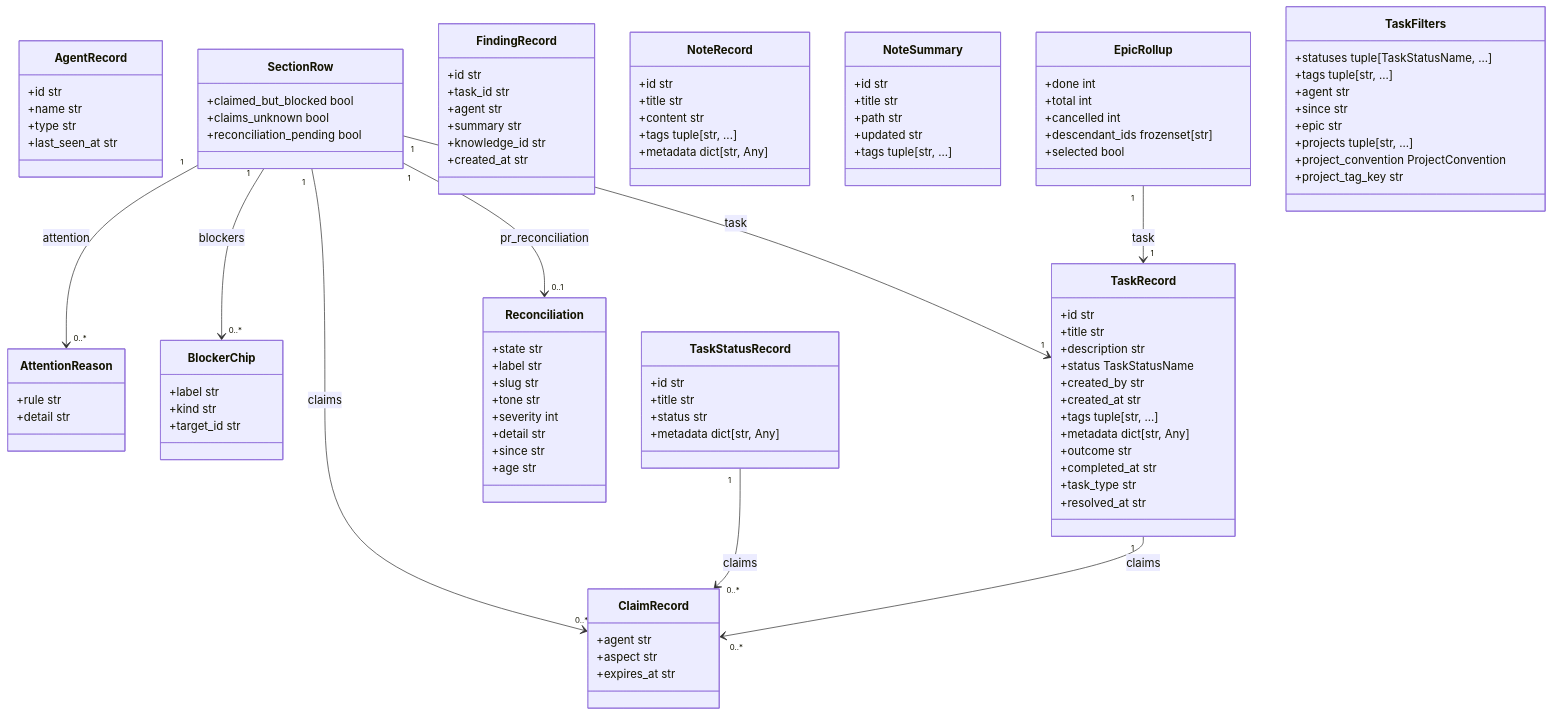
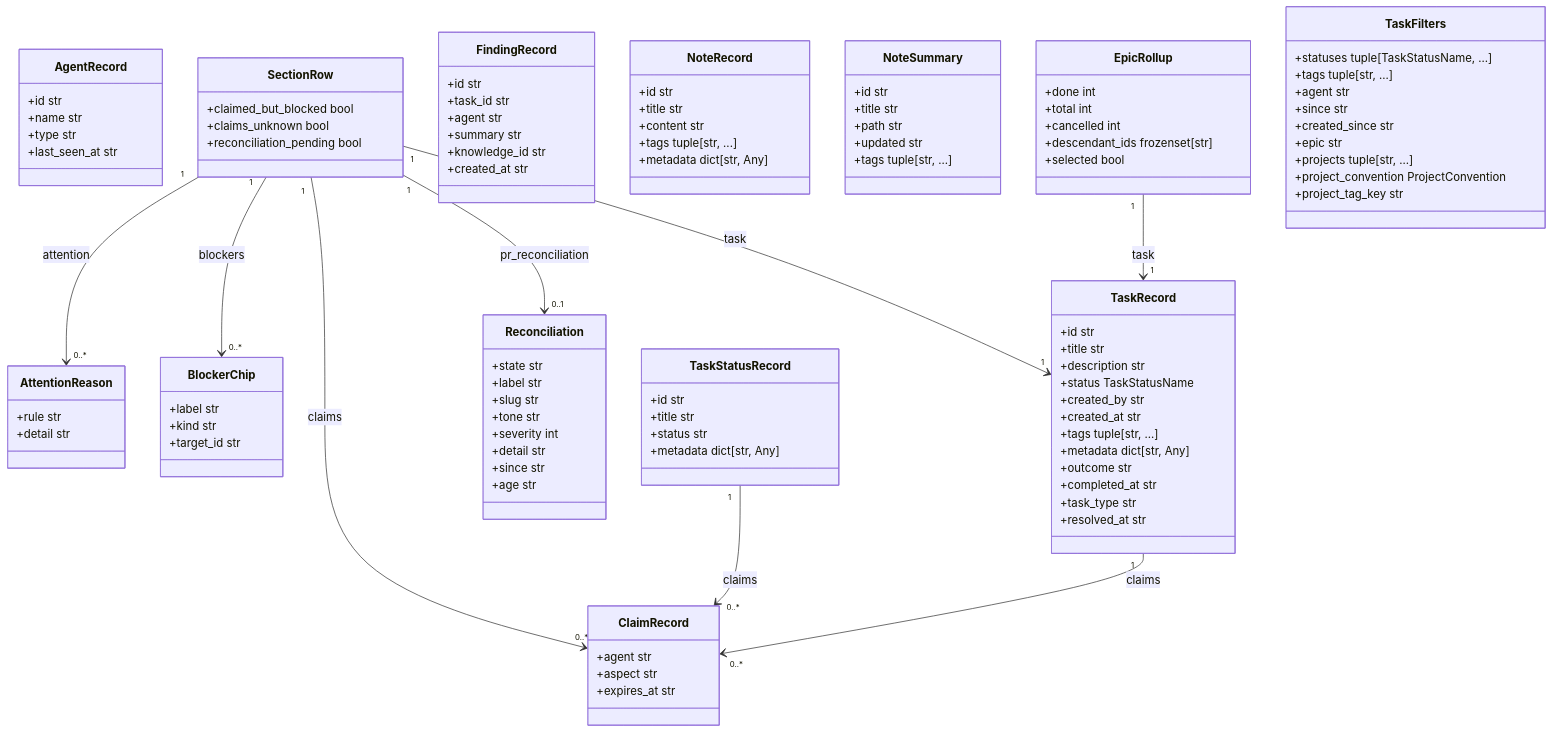
One commit to agent-lore/lithos-lens changed the sixth of 6 diagrams in docs/generated/domain_model.md. Above: the diagram before and after it, drawn with Mermaid. The commit also changed 15 other files, not shown here.

First line of the commit message:
Add a 'Created since' filter beside 'Resolved since', and say which rows each windows (#95)

```diff
--- a/docs/generated/domain_model.md
+++ b/docs/generated/domain_model.md
@@ -623,6 +623,7 @@
     +tags tuple[str, ...]
     +agent str
     +since str
+    +created_since str
     +epic str
     +projects tuple[str, ...]
     +project_convention ProjectConvention
```
